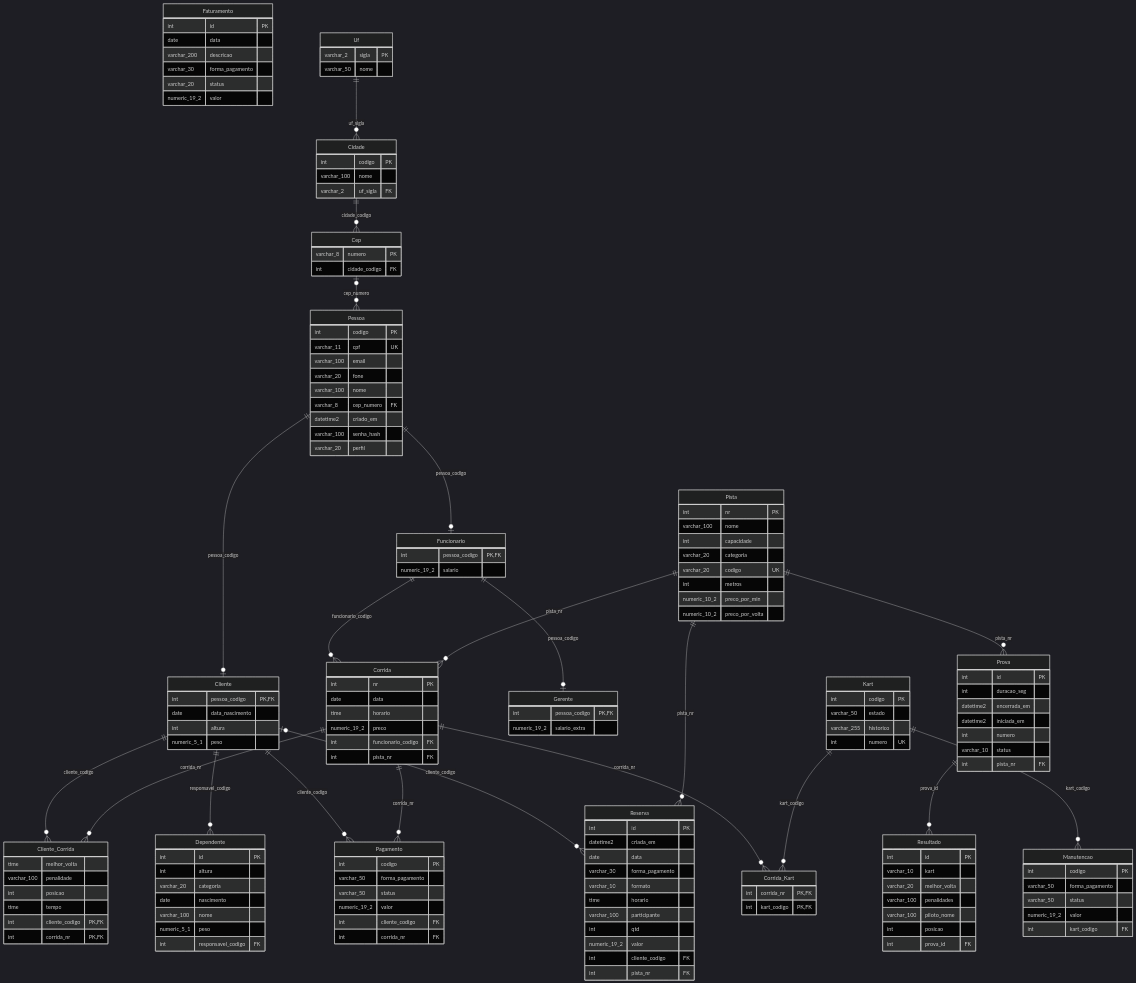
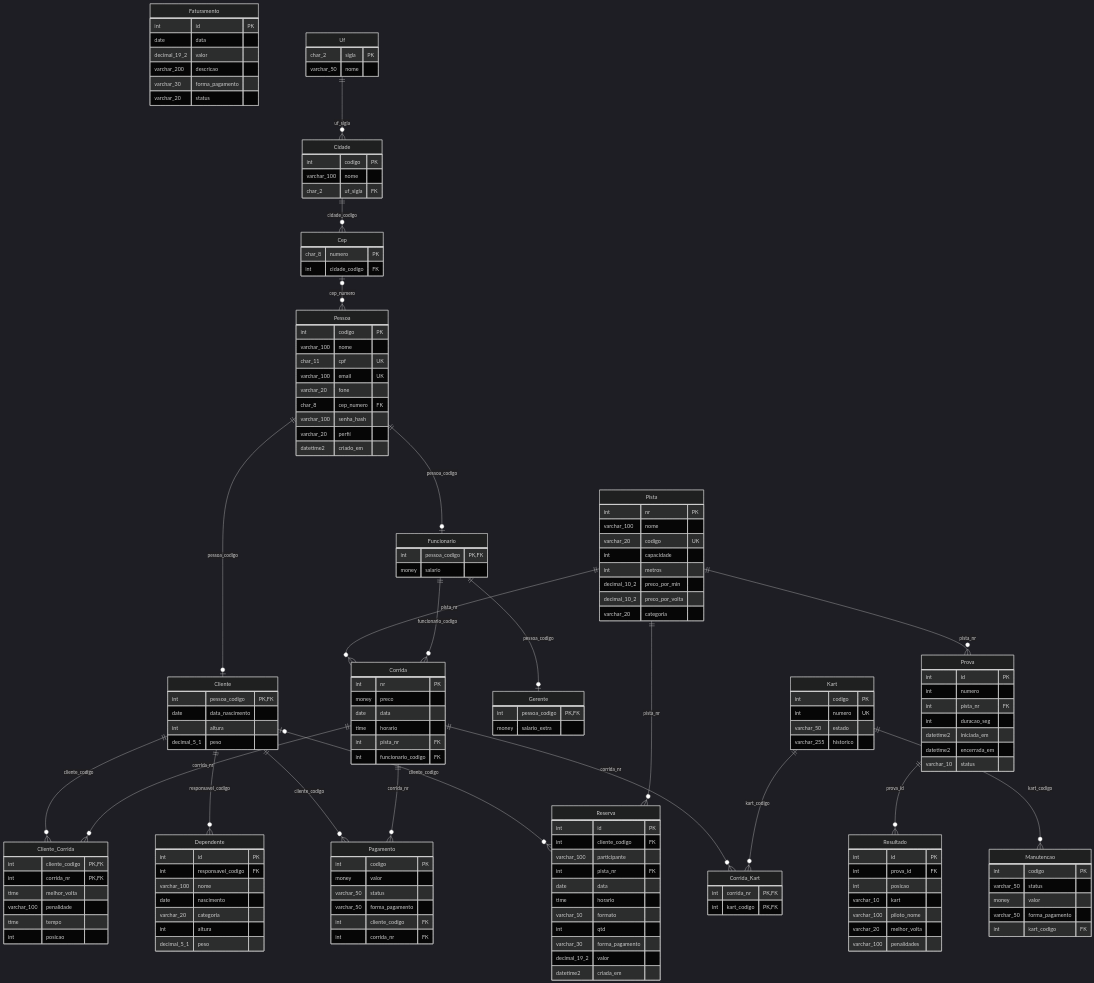
Before and after one commit to A-bps/kart-manager: the diagram in Banco-Kartodromo/DER-SpeedPark.mmd, drawn with Mermaid (dark theme). The commit also changed 18 other files, not shown here.

```diff
--- a/Banco-Kartodromo/DER-SpeedPark.mmd
+++ b/Banco-Kartodromo/DER-SpeedPark.mmd
@@ -1,158 +1,158 @@
 erDiagram
   Cep {
-    varchar_8 numero PK
+    char_8 numero PK
     int cidade_codigo FK
   }
   Cidade {
     int codigo PK
     varchar_100 nome
-    varchar_2 uf_sigla FK
+    char_2 uf_sigla FK
   }
   Cliente {
     int pessoa_codigo PK,FK
     date data_nascimento
     int altura
-    numeric_5_1 peso
+    decimal_5_1 peso
   }
   Cliente_Corrida {
+    int cliente_codigo PK,FK
+    int corrida_nr PK,FK
     time melhor_volta
     varchar_100 penalidade
+    time tempo
     int posicao
-    time tempo
-    int cliente_codigo PK,FK
-    int corrida_nr PK,FK
   }
   Corrida {
     int nr PK
+    money preco
     date data
     time horario
-    numeric_19_2 preco
+    int pista_nr FK
     int funcionario_codigo FK
-    int pista_nr FK
   }
   Corrida_Kart {
     int corrida_nr PK,FK
     int kart_codigo PK,FK
   }
   Dependente {
     int id PK
+    int responsavel_codigo FK
+    varchar_100 nome
+    date nascimento
+    varchar_20 categoria
     int altura
-    varchar_20 categoria
-    date nascimento
-    varchar_100 nome
-    numeric_5_1 peso
-    int responsavel_codigo FK
+    decimal_5_1 peso
   }
   Faturamento {
     int id PK
     date data
+    decimal_19_2 valor
     varchar_200 descricao
     varchar_30 forma_pagamento
     varchar_20 status
-    numeric_19_2 valor
   }
   Funcionario {
     int pessoa_codigo PK,FK
-    numeric_19_2 salario
+    money salario
   }
   Gerente {
     int pessoa_codigo PK,FK
-    numeric_19_2 salario_extra
+    money salario_extra
   }
   Kart {
     int codigo PK
+    int numero UK
     varchar_50 estado
     varchar_255 historico
-    int numero UK
   }
   Manutencao {
     int codigo PK
+    varchar_50 status
+    money valor
     varchar_50 forma_pagamento
-    varchar_50 status
-    numeric_19_2 valor
     int kart_codigo FK
   }
   Pagamento {
     int codigo PK
+    money valor
+    varchar_50 status
     varchar_50 forma_pagamento
-    varchar_50 status
-    numeric_19_2 valor
     int cliente_codigo FK
     int corrida_nr FK
   }
   Pessoa {
     int codigo PK
-    varchar_11 cpf UK
-    varchar_100 email
+    varchar_100 nome
+    char_11 cpf UK
+    varchar_100 email UK
     varchar_20 fone
-    varchar_100 nome
-    varchar_8 cep_numero FK
-    datetime2 criado_em
+    char_8 cep_numero FK
     varchar_100 senha_hash
     varchar_20 perfil
+    datetime2 criado_em
   }
   Pista {
     int nr PK
     varchar_100 nome
+    varchar_20 codigo UK
     int capacidade
+    int metros
+    decimal_10_2 preco_por_min
+    decimal_10_2 preco_por_volta
     varchar_20 categoria
-    varchar_20 codigo UK
-    int metros
-    numeric_10_2 preco_por_min
-    numeric_10_2 preco_por_volta
   }
   Prova {
     int id PK
+    int numero
+    int pista_nr FK
     int duracao_seg
+    datetime2 iniciada_em
     datetime2 encerrada_em
-    datetime2 iniciada_em
-    int numero
     varchar_10 status
-    int pista_nr FK
   }
   Reserva {
     int id PK
+    int cliente_codigo FK
+    varchar_100 participante
+    int pista_nr FK
+    date data
+    time horario
+    varchar_10 formato
+    int qtd
+    varchar_30 forma_pagamento
+    decimal_19_2 valor
     datetime2 criada_em
-    date data
-    varchar_30 forma_pagamento
-    varchar_10 formato
-    time horario
-    varchar_100 participante
-    int qtd
-    numeric_19_2 valor
-    int cliente_codigo FK
-    int pista_nr FK
   }
   Resultado {
     int id PK
+    int prova_id FK
+    int posicao
     varchar_10 kart
+    varchar_100 piloto_nome
     varchar_20 melhor_volta
     varchar_100 penalidades
-    varchar_100 piloto_nome
-    int posicao
-    int prova_id FK
   }
   Uf {
-    varchar_2 sigla PK
+    char_2 sigla PK
     varchar_50 nome
   }
   Cidade ||--o{ Cep : "cidade_codigo"
   Uf ||--o{ Cidade : "uf_sigla"
   Pessoa ||--o| Cliente : "pessoa_codigo"
   Cliente ||--o{ Cliente_Corrida : "cliente_codigo"
   Corrida ||--o{ Cliente_Corrida : "corrida_nr"
+  Pista ||--o{ Corrida : "pista_nr"
   Funcionario ||--o{ Corrida : "funcionario_codigo"
-  Pista ||--o{ Corrida : "pista_nr"
   Corrida ||--o{ Corrida_Kart : "corrida_nr"
   Kart ||--o{ Corrida_Kart : "kart_codigo"
   Cliente ||--o{ Dependente : "responsavel_codigo"
   Pessoa ||--o| Funcionario : "pessoa_codigo"
   Funcionario ||--o| Gerente : "pessoa_codigo"
   Kart ||--o{ Manutencao : "kart_codigo"
   Cliente ||--o{ Pagamento : "cliente_codigo"
   Corrida ||--o{ Pagamento : "corrida_nr"
   Cep |o--o{ Pessoa : "cep_numero"
   Pista ||--o{ Prova : "pista_nr"
   Cliente |o--o{ Reserva : "cliente_codigo"
   Pista ||--o{ Reserva : "pista_nr"
   Prova ||--o{ Resultado : "prova_id"
```
